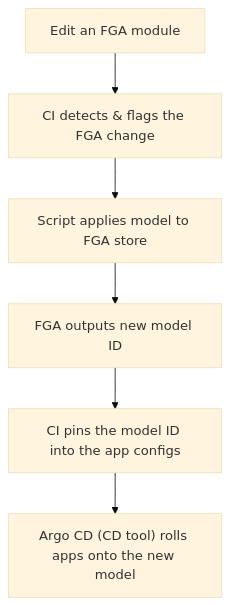
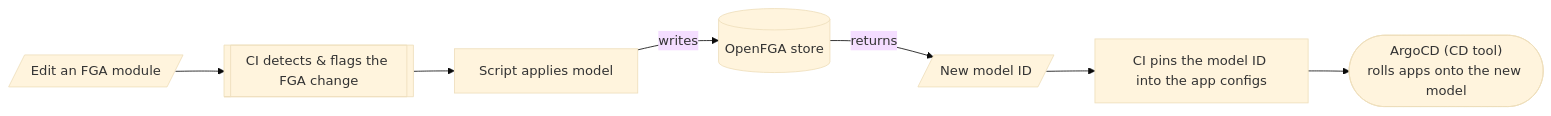
The diagram in slides.md (leahein/fga-talk), drawn with Mermaid (base theme) before and after one commit. The commit also changed other lines of this file, not shown here.

````diff
--- a/slides.md
+++ b/slides.md
@@ -139,8 +173,11 @@
 ```mermaid
-flowchart TD
-    M["Edit an FGA module"] --> PR["CI detects & flags the FGA change"]
-    PR --> SCRIPT["Script applies model to FGA store"]
-    SCRIPT --> ID["FGA outputs new model ID"]
+flowchart LR
+    M[/"Edit an FGA module"/] --> PR[["CI detects & flags the FGA change"]]
+    PR --> SCRIPT["Script applies model"]
+    SCRIPT -- writes --> FGA[("OpenFGA store")]
+    FGA -- returns --> ID[/"New model ID"/]
     ID --> PIN["CI pins the model ID into the app configs"]
-    PIN --> ARGO["Argo CD (CD tool) rolls apps onto the new model"]
+    PIN --> ARGO(["ArgoCD (CD tool)<br/>rolls apps onto the new model"])
+
+    SCRIPT ~~~ ID
 ```
````
